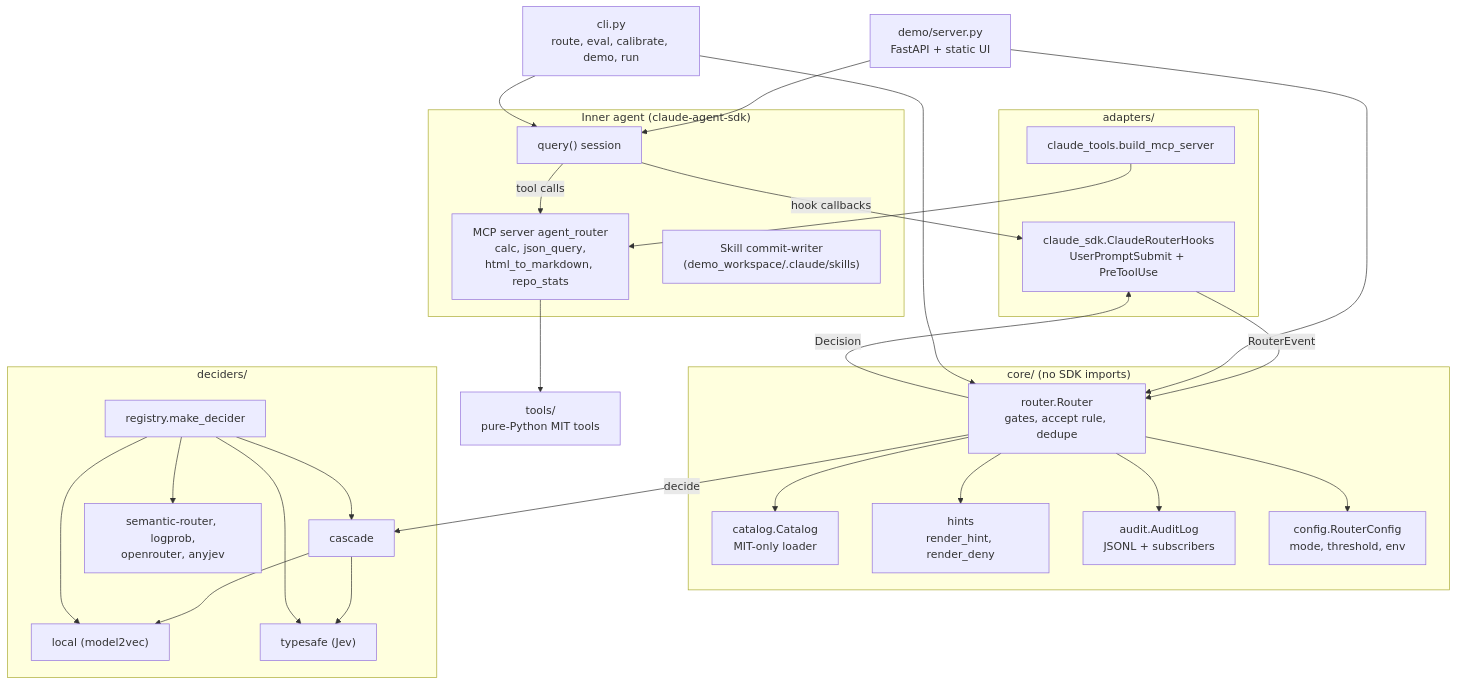
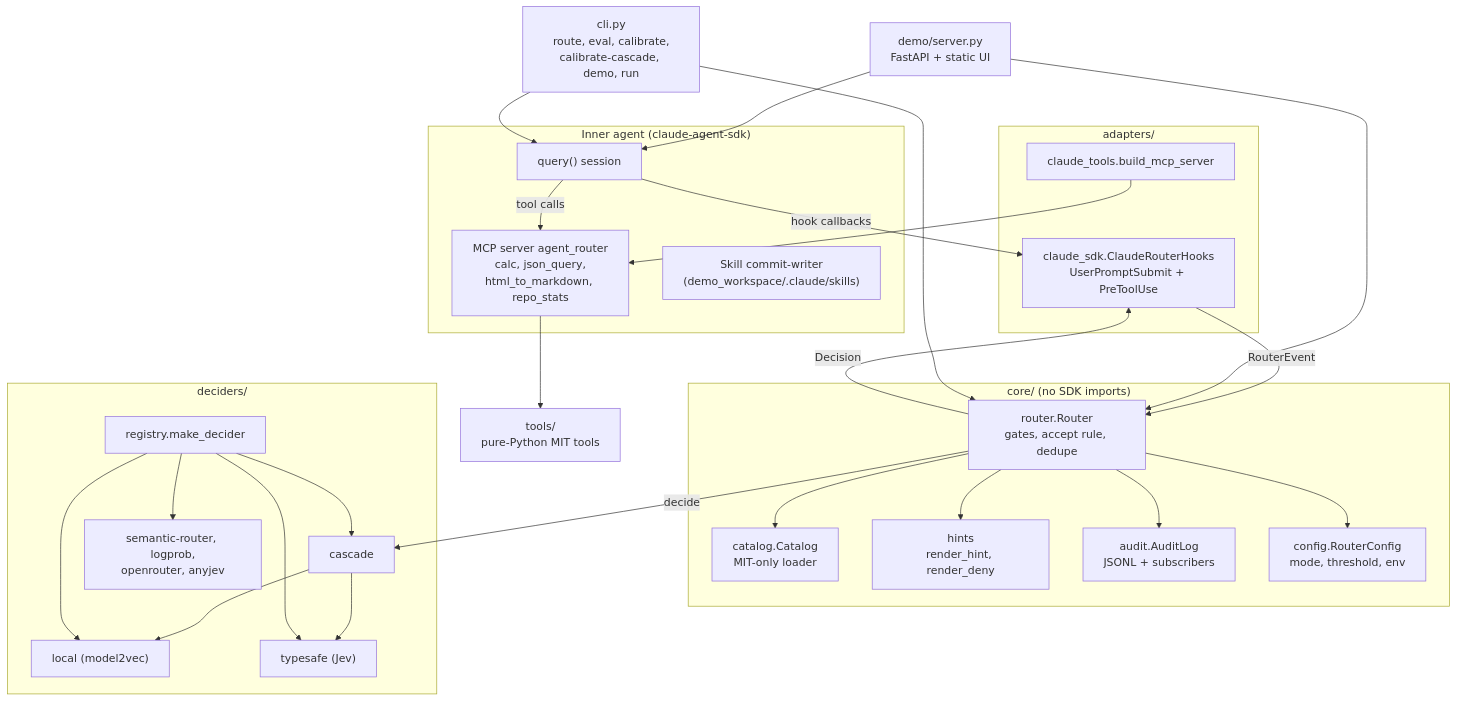
Before and after one commit to chrisdavidson/agent-router: the first of 2 diagrams in docs/architecture.md, drawn with Mermaid. The commit also changed other lines of this file and 4 other files, not shown here.

````diff
--- a/docs/architecture.md
+++ b/docs/architecture.md
@@ -14,51 +14,51 @@
 ```mermaid
 flowchart TB
     subgraph host["Inner agent (claude-agent-sdk)"]
         SDK["query() session"]
         MCP["MCP server agent_router<br/>calc, json_query,<br/>html_to_markdown, repo_stats"]
         SK["Skill commit-writer<br/>(demo_workspace/.claude/skills)"]
     end
     subgraph adapters["adapters/"]
         HK["claude_sdk.ClaudeRouterHooks<br/>UserPromptSubmit + PreToolUse"]
         TL["claude_tools.build_mcp_server"]
     end
     subgraph core["core/ (no SDK imports)"]
         RT["router.Router<br/>gates, accept rule, dedupe"]
         CT["catalog.Catalog<br/>MIT-only loader"]
         HT["hints<br/>render_hint, render_deny"]
         AU["audit.AuditLog<br/>JSONL + subscribers"]
         CF["config.RouterConfig<br/>mode, threshold, env"]
     end
     subgraph deciders["deciders/"]
         REG["registry.make_decider"]
         CAS["cascade"]
         LOC["local (model2vec)"]
         JEV["typesafe (Jev)"]
         OTH["semantic-router, logprob,<br/>openrouter, anyjev"]
     end
     TOOLS["tools/<br/>pure-Python MIT tools"]
     DEMO["demo/server.py<br/>FastAPI + static UI"]
-    CLI["cli.py<br/>route, eval, calibrate, demo, run"]
+    CLI["cli.py<br/>route, eval, calibrate,<br/>calibrate-cascade, demo, run"]
 
     SDK -->|hook callbacks| HK
     HK -->|RouterEvent| RT
     RT -->|Decision| HK
     SDK -->|tool calls| MCP
     TL --> MCP
     MCP --> TOOLS
     RT --> CT
     RT --> HT
     RT --> AU
     RT --> CF
     RT -->|decide| CAS
     CAS --> LOC
     CAS --> JEV
     REG --> CAS
     REG --> LOC
     REG --> JEV
     REG --> OTH
     DEMO --> RT
     DEMO --> SDK
     CLI --> RT
     CLI --> SDK
 ```
````
